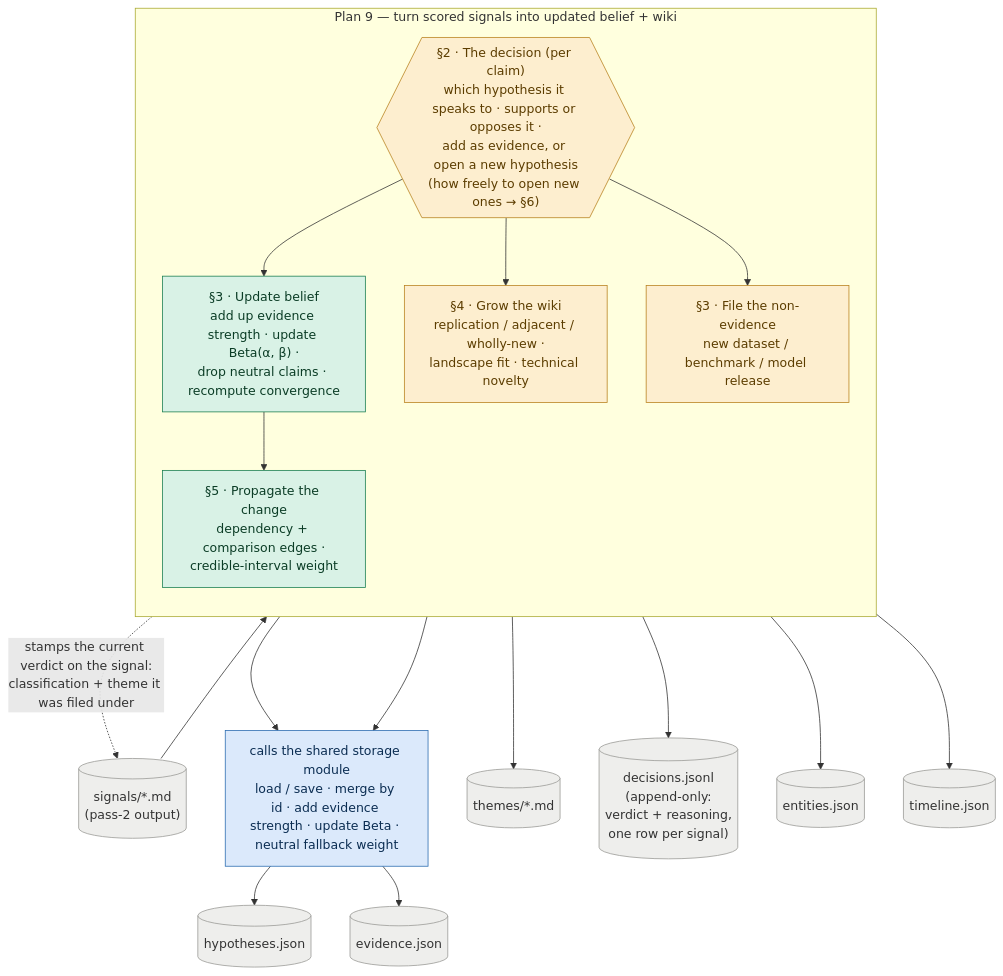
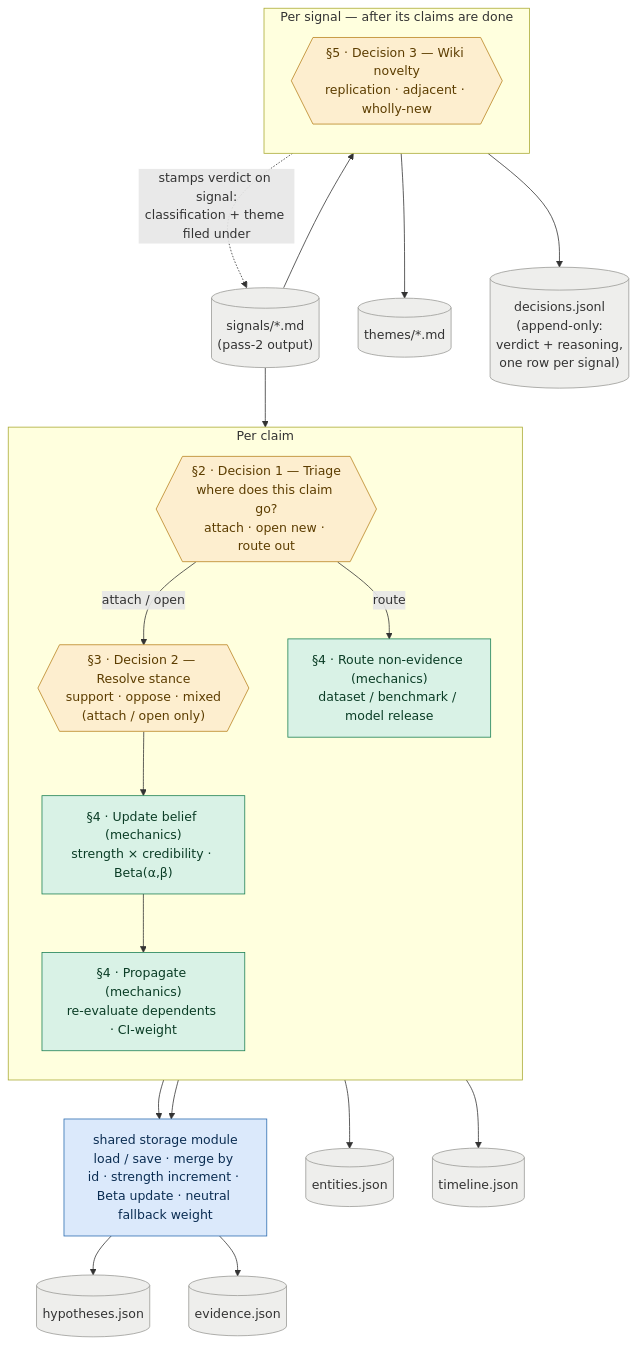
One commit to jmamath/distill changed the diagram in docs/planning/backlog/9_knowledge_update_loop.md. Above: the diagram before and after it, drawn with Mermaid. The commit also changed other lines of this file, not shown here.

First line of the commit message:
Plan 9: restructure around a three-decision spine

````diff
--- a/docs/planning/backlog/9_knowledge_update_loop.md
+++ b/docs/planning/backlog/9_knowledge_update_loop.md
@@ -17,36 +22,41 @@
 ```mermaid
 flowchart TB
     sig[("signals/*.md<br/>(pass-2 output)")]:::data
 
-    subgraph p9["Plan 9 — turn scored signals into updated belief + wiki"]
+    subgraph perclaim["Per claim"]
         direction TB
-        decide{{"§2 · The decision (per claim)<br/>which hypothesis it speaks to · supports or opposes it ·<br/>add as evidence, or open a new hypothesis<br/>(how freely to open new ones → §6)"}}:::llm
-
-        belief["§3 · Update belief<br/>add up evidence strength · update Beta(α, β) ·<br/>drop neutral claims · recompute convergence"]:::det
-        route["§3 · File the non-evidence<br/>new dataset / benchmark / model release"]:::llm
-        wiki["§4 · Grow the wiki<br/>replication / adjacent / wholly-new ·<br/>landscape fit · technical novelty"]:::llm
-        prop["§5 · Propagate the change<br/>dependency + comparison edges ·<br/>credible-interval weight"]:::det
+        d1{{"§2 · Decision 1 — Triage<br/>where does this claim go?<br/>attach · open new · route out"}}:::llm
+        d2{{"§3 · Decision 2 — Resolve stance<br/>support · oppose · mixed<br/>(attach / open only)"}}:::llm
+        belief["§4 · Update belief (mechanics)<br/>strength × credibility · Beta(α,β)"]:::det
+        prop["§4 · Propagate (mechanics)<br/>re-evaluate dependents · CI-weight"]:::det
+        route["§4 · Route non-evidence (mechanics)<br/>dataset / benchmark / model release"]:::det
     end
 
-    store["calls the shared storage module<br/>load / save · merge by id · add evidence strength · update Beta · neutral fallback weight"]:::store
+    subgraph persignal["Per signal — after its claims are done"]
+        direction TB
+        d3{{"§5 · Decision 3 — Wiki novelty<br/>replication · adjacent · wholly-new"}}:::llm
+    end
 
-    sig --> decide
-    decide --> belief & wiki & route
-    belief --> prop
+    store["shared storage module<br/>load / save · merge by id · strength increment · Beta update · neutral fallback weight"]:::store
 
+    sig --> d1
+    d1 -->|attach / open| d2
+    d1 -->|route| route
+    d2 --> belief --> prop
     belief --> store
     prop --> store
     store --> hyp[("hypotheses.json")]:::data
     store --> ev[("evidence.json")]:::data
-
-    wiki --> themes[("themes/*.md")]:::data
-    wiki --> dlog[("decisions.jsonl<br/>(append-only:<br/>verdict + reasoning,<br/>one row per signal)")]:::data
-    wiki -. "stamps the current verdict on the signal:<br/>classification + theme it was filed under" .-> sig
     route --> ent[("entities.json")]:::data
     route --> tl[("timeline.json")]:::data
+
+    sig --> d3
+    d3 --> themes[("themes/*.md")]:::data
+    d3 --> dlog[("decisions.jsonl<br/>(append-only:<br/>verdict + reasoning,<br/>one row per signal)")]:::data
+    d3 -. "stamps verdict on signal:<br/>classification + theme filed under" .-> sig
 
     classDef llm fill:#fdeecf,stroke:#b9821f,color:#5c3d00;
     classDef det fill:#d9f2e6,stroke:#1a7f52,color:#0b3d26;
     classDef store fill:#dbe9fb,stroke:#2b6cb0,color:#0b2d52;
     classDef data fill:#eeeeec,stroke:#9a9a96,color:#333333;
 ```
````
